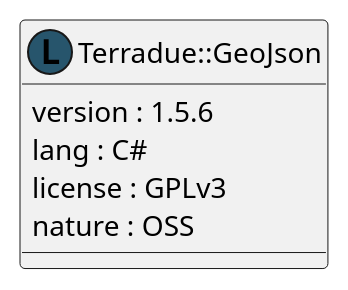
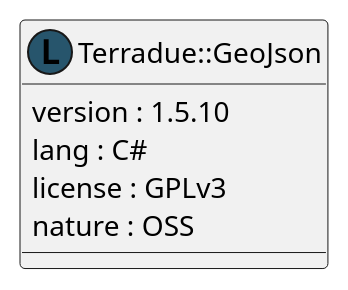
One commit to urban-tep/DDF-SDD changed the diagram in source/namespaces/namespace_terradue_1_1_geo_json.iuml. Above: the diagram before and after it, drawn with PlantUML. The commit also changed 34 other files, not shown here.

```diff
--- a/source/namespaces/namespace_terradue_1_1_geo_json.iuml
+++ b/source/namespaces/namespace_terradue_1_1_geo_json.iuml
@@ -1,8 +1,8 @@
 @startuml
   class "Terradue::GeoJson" as namespace_terradue_1_1_geo_json << (L, #27556C) >> [[../namespaces/namespace_terradue_1_1_geo_json.html]] {
-     version : 1.5.6 
+     version : 1.5.10 
      lang : C#
      license : GPLv3
      nature : OSS
   }
 @enduml
```
